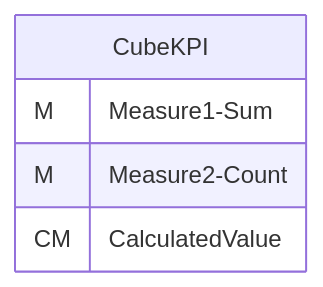
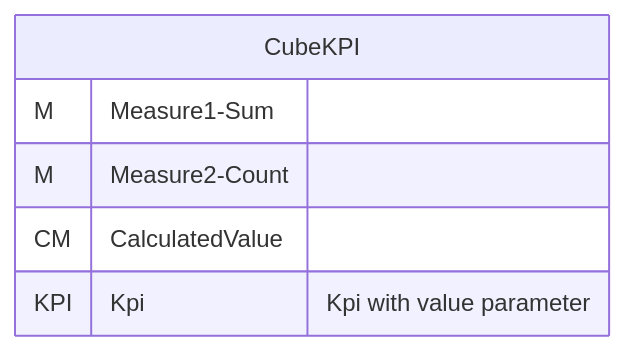
One commit to xmla-services/workground changed the first of 3 diagrams in demo/server/catalogs/tutorial_30-02_Cube_KPI_with_value/README.MD. Above: the diagram before and after it, drawn with Mermaid. The commit also changed 13 other files, not shown here.

Commit message:
KPI implementation schema validator Signed-off-by: dbulahov <bulahovdenis@gmail.com>

````diff
--- a/demo/server/catalogs/tutorial_30-02_Cube_KPI_with_value/README.MD
+++ b/demo/server/catalogs/tutorial_30-02_Cube_KPI_with_value/README.MD
@@ -57,19 +57,20 @@
 ```mermaid
 %%{init: {
 "theme": "default",
 "themeCSS": [
     ".er.entityBox {stroke: black;}",
     ".er.attributeBoxEven {stroke: black;}",
     ".er.attributeBoxOdd {stroke: black;}",
     "[id^=entity-c] .er.entityBox { fill: lightgreen;} ",
     "[id^=entity-d] .er.entityBox { fill: powderblue;} ",
     "[id^=entity-h] .er.entityBox { fill: pink;} "
 ]
 }}%%
 erDiagram
 c0["CubeKPI"]{
 M Measure1-Sum ""
 M Measure2-Count ""
 CM CalculatedValue ""
+KPI Kpi "Kpi with value parameter"
 }
 ```
````
